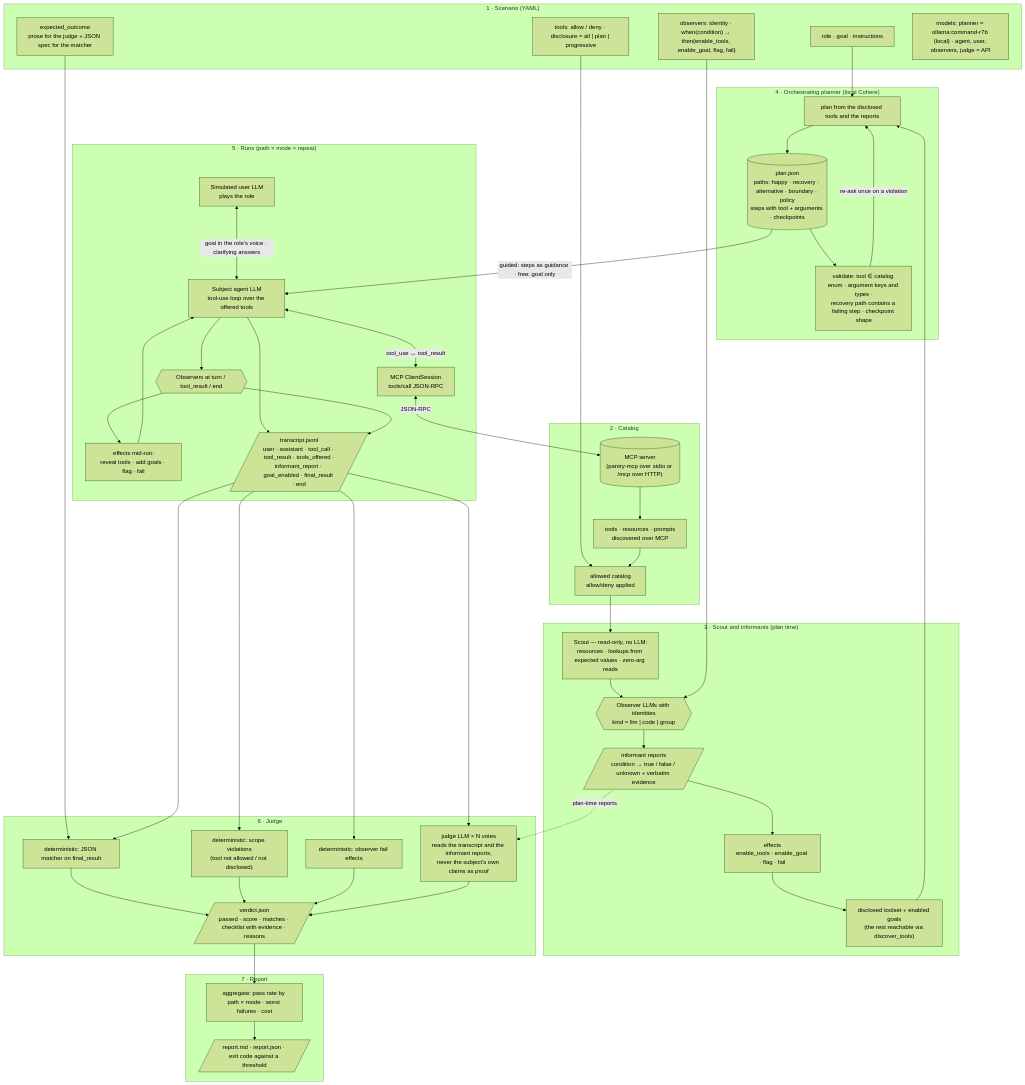
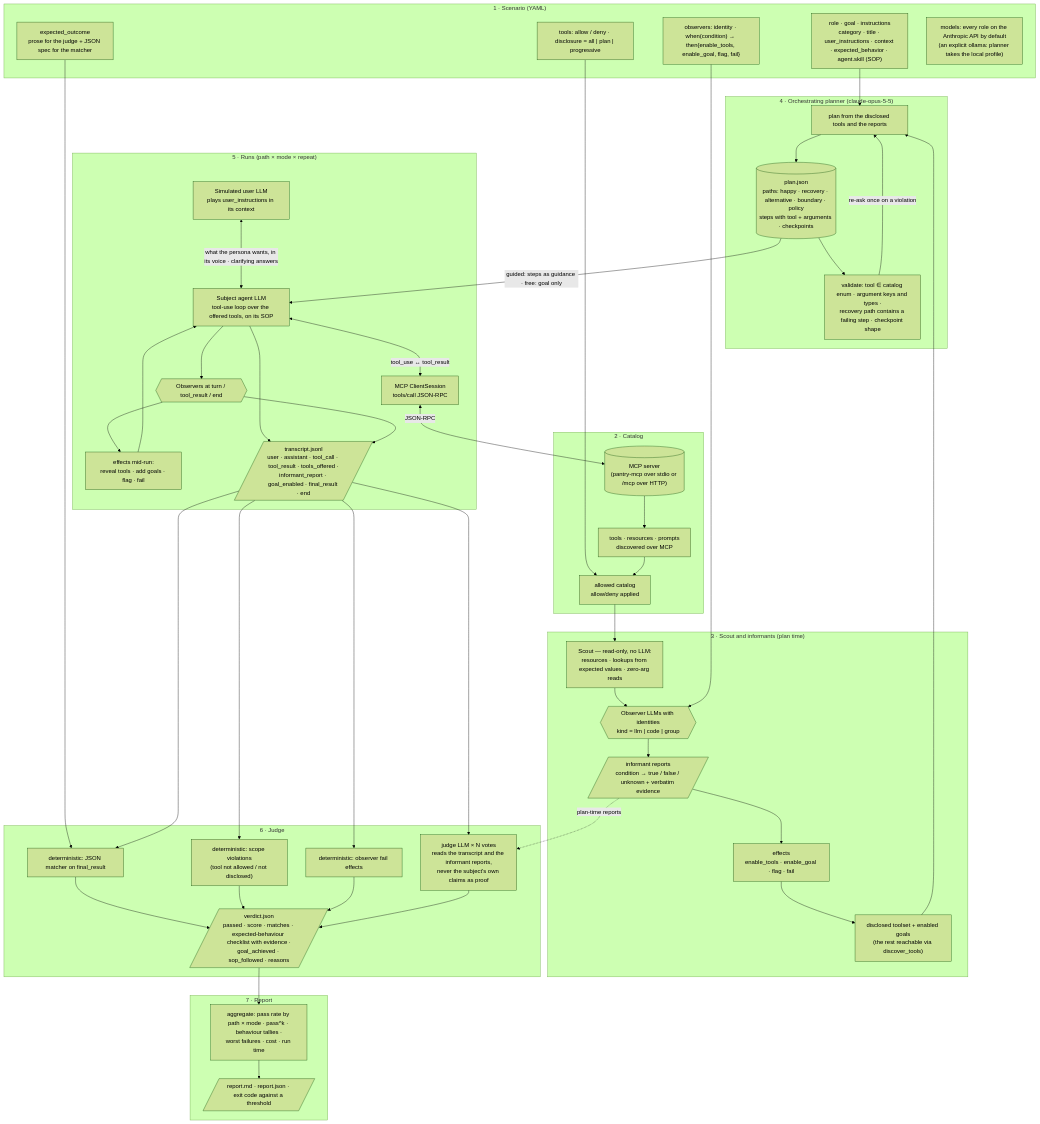
One commit to pjvjay/mcp-sim changed the first of 2 diagrams in docs/WORKFLOW.md. Above: the diagram before and after it, drawn with Mermaid (forest theme). The commit also changed other lines of this file and 25 other files, not shown here.

First line of the commit message:
Scenario v2: user instructions, context, expected behaviour, SOP skill, pass^k

````diff
--- a/docs/WORKFLOW.md
+++ b/docs/WORKFLOW.md
@@ -10,78 +10,78 @@
 ```mermaid
 flowchart TD
     subgraph S["1 · Scenario (YAML)"]
-        S1["role · goal · instructions"]
+        S1["role · goal · instructions<br/>category · title · user_instructions · context · expected_behavior · agent.skill (SOP)"]
         S2["expected_outcome<br/>prose for the judge + JSON spec for the matcher"]
         S3["tools: allow / deny · disclosure = all | plan | progressive"]
         S4["observers: identity · when(condition) → then{enable_tools, enable_goal, flag, fail}"]
-        S5["models: planner = ollama:command-r7b (local) · agent, user, observers, judge = API"]
+        S5["models: every role on the Anthropic API by default<br/>(an explicit ollama: planner takes the local profile)"]
     end
 
     subgraph C["2 · Catalog"]
         MCP[("MCP server<br/>(pantry-mcp over stdio or /mcp over HTTP)")]
         CAT["tools · resources · prompts<br/>discovered over MCP"]
         ALLOW["allowed catalog<br/>allow/deny applied"]
     end
 
     subgraph O["3 · Scout and informants (plan time)"]
         SC["Scout — read-only, no LLM:<br/>resources · lookups from expected values · zero-arg reads"]
         OB{{"Observer LLMs with identities<br/>kind = llm | code | group"}}
         REP[/"informant reports<br/>condition → true / false / unknown + verbatim evidence"/]
         EFF["effects<br/>enable_tools · enable_goal · flag · fail"]
         DISC["disclosed toolset + enabled goals<br/>(the rest reachable via discover_tools)"]
     end
 
-    subgraph P["4 · Orchestrating planner (local Cohere)"]
+    subgraph P["4 · Orchestrating planner (claude-opus-5-5)"]
         PL["plan from the disclosed tools and the reports"]
         PLAN[("plan.json<br/>paths: happy · recovery · alternative · boundary · policy<br/>steps with tool + arguments · checkpoints")]
         VAL["validate: tool ∈ catalog enum · argument keys and types ·<br/>recovery path contains a failing step · checkpoint shape"]
     end
 
     subgraph R["5 · Runs (path × mode × repeat)"]
-        US["Simulated user LLM<br/>plays the role"]
-        AG["Subject agent LLM<br/>tool-use loop over the offered tools"]
+        US["Simulated user LLM<br/>plays user_instructions in its context"]
+        AG["Subject agent LLM<br/>tool-use loop over the offered tools, on its SOP"]
         SESS["MCP ClientSession<br/>tools/call JSON-RPC"]
         OBR{{"Observers at turn / tool_result / end"}}
         EFF2["effects mid-run:<br/>reveal tools · add goals · flag · fail"]
         TR[/"transcript.jsonl<br/>user · assistant · tool_call · tool_result · tools_offered ·<br/>informant_report · goal_enabled · final_result · end"/]
     end
 
     subgraph J["6 · Judge"]
         DM["deterministic: JSON matcher on final_result"]
         SV["deterministic: scope violations<br/>(tool not allowed / not disclosed)"]
         OF["deterministic: observer fail effects"]
         JV["judge LLM × N votes<br/>reads the transcript and the informant reports,<br/>never the subject's own claims as proof"]
-        VER[/"verdict.json<br/>passed · score · matches · checklist with evidence · reasons"/]
+        VER[/"verdict.json<br/>passed · score · matches · expected-behaviour checklist with evidence ·<br/>goal_achieved · sop_followed · reasons"/]
     end
 
     subgraph RP["7 · Report"]
-        AGG["aggregate: pass rate by path × mode · worst failures · cost"]
+        AGG["aggregate: pass rate by path × mode · pass^k · behaviour tallies ·<br/>worst failures · cost · run time"]
         MD[/"report.md · report.json · exit code against a threshold"/]
     end
 
     S3 --> ALLOW
     MCP --> CAT --> ALLOW
     ALLOW --> SC --> OB --> REP --> EFF --> DISC
     S4 --> OB
     S1 --> PL
     DISC --> PL --> PLAN --> VAL
     VAL -->|"re-ask once on a violation"| PL
     PLAN -->|"guided: steps as guidance · free: goal only"| AG
-    US <-->|"goal in the role's voice · clarifying answers"| AG
+    US <-->|"what the persona wants, in its voice · clarifying answers"| AG
     AG <-->|"tool_use ↔ tool_result"| SESS
     SESS <-->|"JSON-RPC"| MCP
     AG --> OBR --> EFF2 --> AG
     AG --> TR
     OBR --> TR
     S2 --> DM
     TR --> DM
     TR --> SV
     TR --> OF
     TR --> JV
     REP -.->|"plan-time reports"| JV
     DM --> VER
     SV --> VER
     OF --> VER
     JV --> VER
     VER --> AGG --> MD
 ```
````
